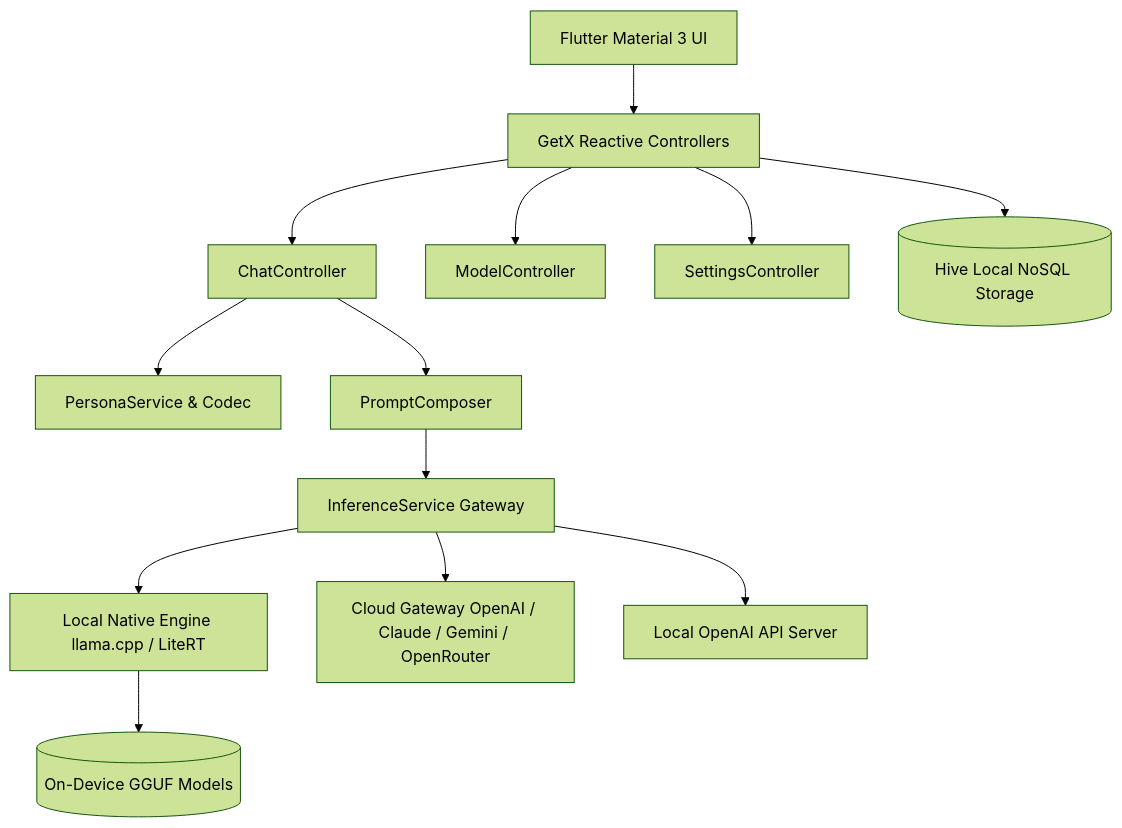
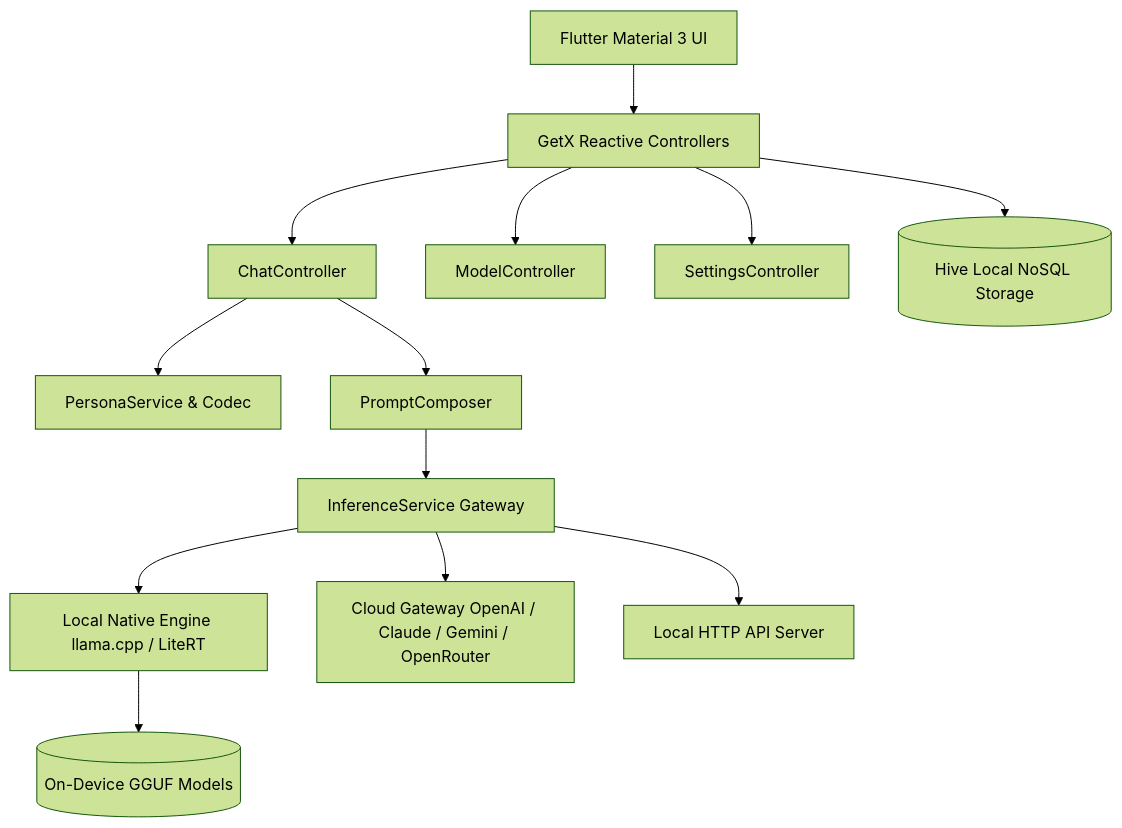
The diagram in README.md (CodeByPartho/ECHO), drawn with Mermaid (forest theme) before and after one commit. The commit also changed other lines of this file, not shown here.

````diff
--- a/README.md
+++ b/README.md
@@ -155,21 +154,21 @@
 ```mermaid
 graph TD
     UI[Flutter Material 3 UI] --> Controllers[GetX Reactive Controllers]
     
     Controllers --> ChatCtrl[ChatController]
     Controllers --> ModelCtrl[ModelController]
     Controllers --> SettingsCtrl[SettingsController]
     
     ChatCtrl --> PersonaSvc[PersonaService & Codec]
     ChatCtrl --> Composer[PromptComposer]
     
     Composer --> InfSvc[InferenceService Gateway]
     
     InfSvc --> LocalEngine[Local Native Engine llama.cpp / LiteRT]
     InfSvc --> CloudEngine[Cloud Gateway OpenAI / Claude / Gemini / OpenRouter]
     
     LocalEngine --> GGUFStore[(On-Device GGUF Models)]
     Controllers --> Storage[(Hive Local NoSQL Storage)]
     
-    InfSvc --> ServerSvc[Local OpenAI API Server]
+    InfSvc --> ServerSvc[Local HTTP API Server]
 ```
````
